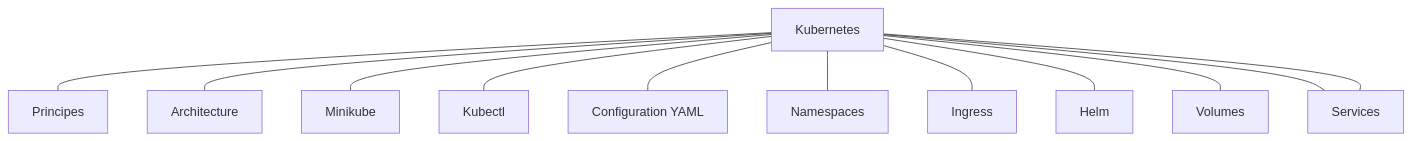
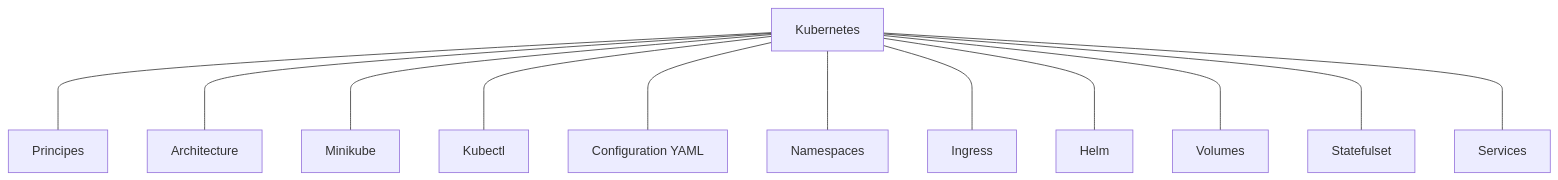
Before and after one commit to Formation-Nieleim/NotesMarkdown: the second of 2 diagrams in README.md, drawn with Mermaid. The commit also changed other lines of this file and 1 other file, not shown here.

````diff
--- a/README.md
+++ b/README.md
@@ -6,14 +13,14 @@
 ```mermaid
 flowchart
-K[Kubernetes]---P[Principes]
-K[Kubernetes]---A[Architecture]
-K[Kubernetes]---M[Minikube]
-K[Kubernetes]---CTL[Kubectl]
-K[Kubernetes]---Y[Configuration YAML]
-K[Kubernetes]---N[Namespaces]
-K[Kubernetes]---I[Ingress]
-K[Kubernetes]---H[Helm]
-K[Kubernetes]---V[Volumes]
-K[Kubernetes]---S[Statefulset]
-K[Kubernetes]---S[Services]
+K[Kubernetes]----P[Principes]
+K----A[Architecture]
+K----M[Minikube]
+K----CTL[Kubectl]
+K----Y[Configuration YAML]
+K----N[Namespaces]
+K----I[Ingress]
+K----H[Helm]
+K----V[Volumes]
+K----St[Statefulset]
+K----Sv[Services]
 ```
````
